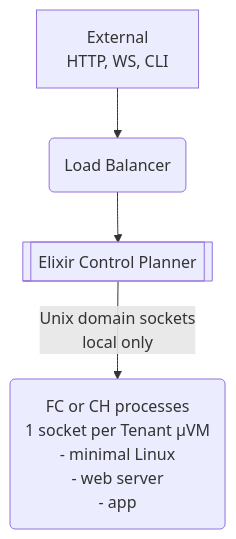
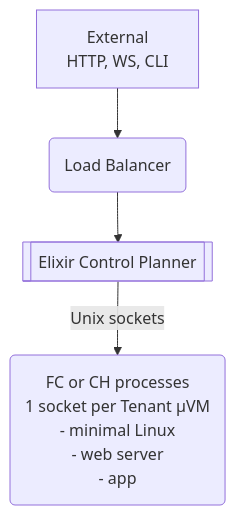
Before and after one commit to ndrean/microvm-control-planner: the first of 2 diagrams in README.md, drawn with Mermaid. The commit also changed other lines of this file and 2 other files, not shown here.

Commit message:
[Feat] CH api

````diff
--- a/README.md
+++ b/README.md
@@ -9,6 +9,6 @@
 ```mermaid
 flowchart TD
     A[External<br> HTTP, WS, CLI] --> LB(Load Balancer)
     LB -->E[[Elixir Control Planner]]
-    E  --> |Unix domain sockets <br>local only|F(FC or CH processes<br>1 socket per Tenant µVM<br>- minimal Linux<br>- web server<br>- app)
+    E  --> |Unix sockets|F(FC or CH processes<br>1 socket per Tenant µVM<br>- minimal Linux<br>- web server<br>- app)
 ```
````
